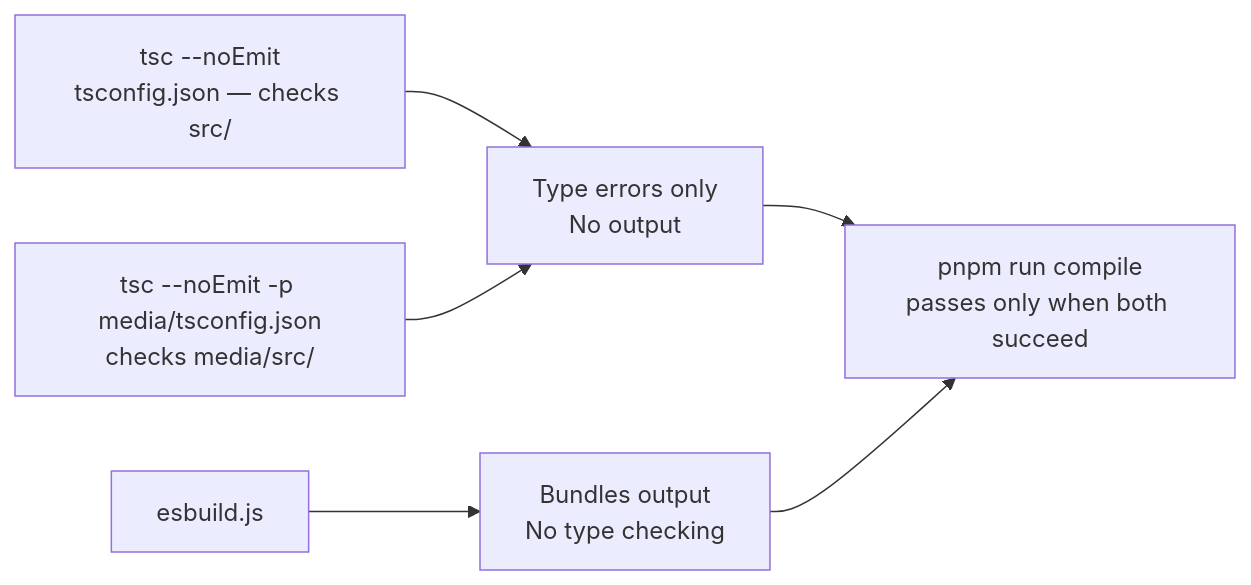
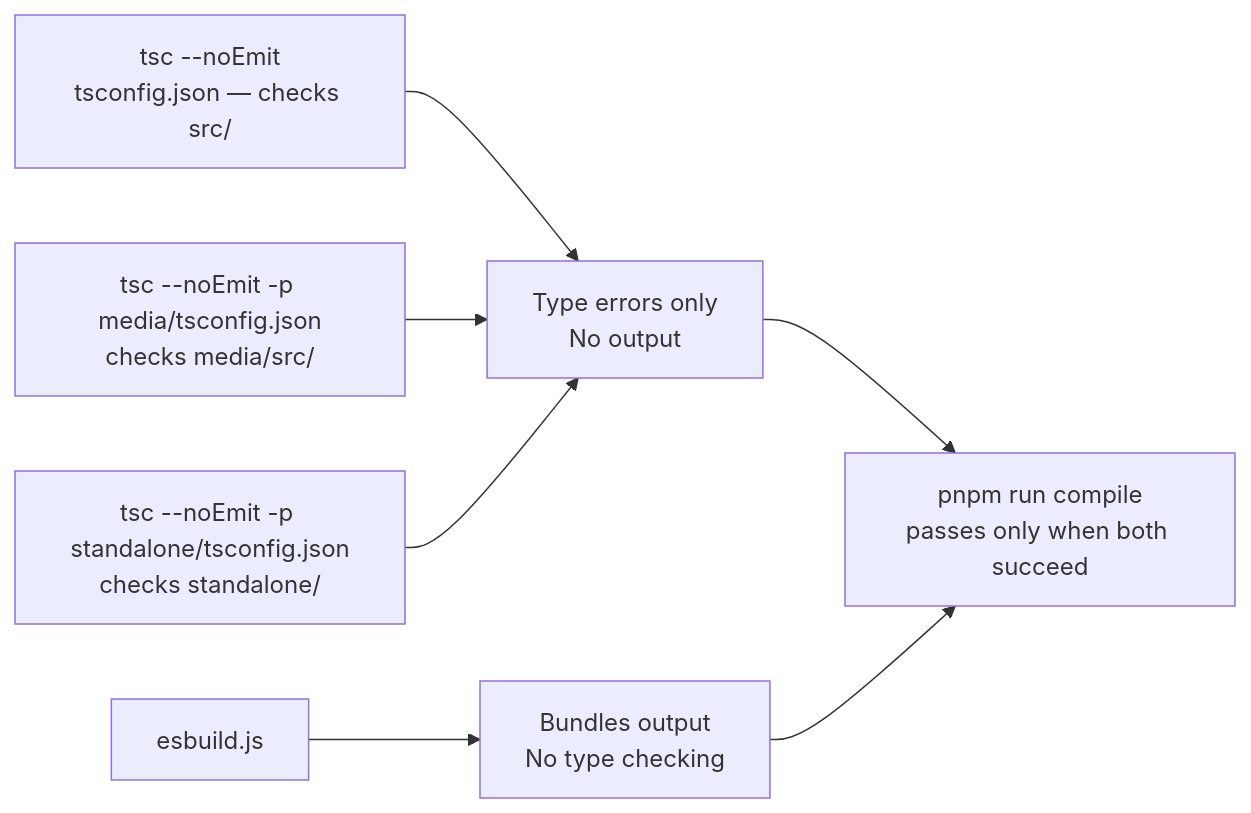
One commit to traceroost/core changed diagram 20 of 20 in ARCHITECTURE.md. Above: the diagram before and after it, drawn with Mermaid. The commit also changed other lines of this file and 12 other files, not shown here.

First line of the commit message:
docs: align README, architecture, Help, walkthroughs and runbooks with the code

````diff
--- a/ARCHITECTURE.md
+++ b/ARCHITECTURE.md
@@ -1058,7 +1059,8 @@
 ```mermaid
 graph LR
     TSC1["tsc --noEmit<br/>tsconfig.json — checks src/"] --> TC_ONLY[Type errors only<br/>No output]
     TSC2["tsc --noEmit -p media/tsconfig.json<br/>checks media/src/"] --> TC_ONLY
+    TSC3["tsc --noEmit -p standalone/tsconfig.json<br/>checks standalone/"] --> TC_ONLY
     ESB[esbuild.js] --> BUNDLES[Bundles output<br/>No type checking]
     TC_ONLY & BUNDLES --> CI["pnpm run compile<br/>passes only when both succeed"]
 ```
````
